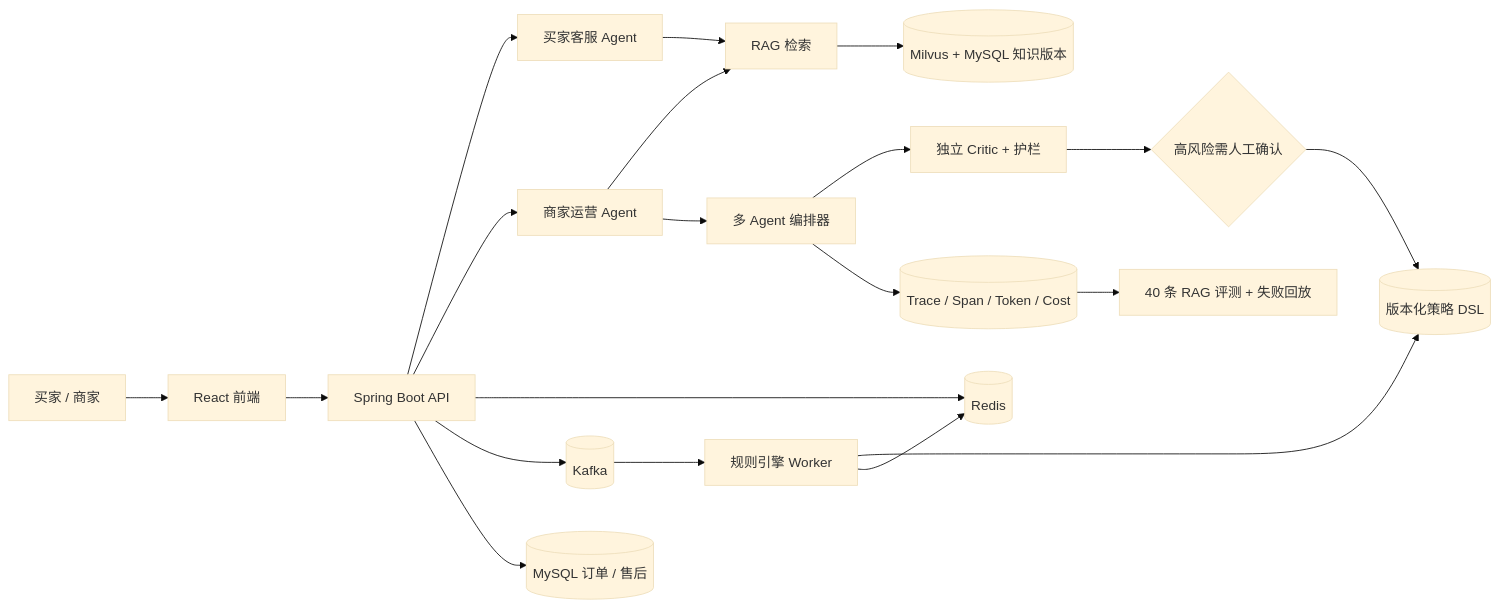
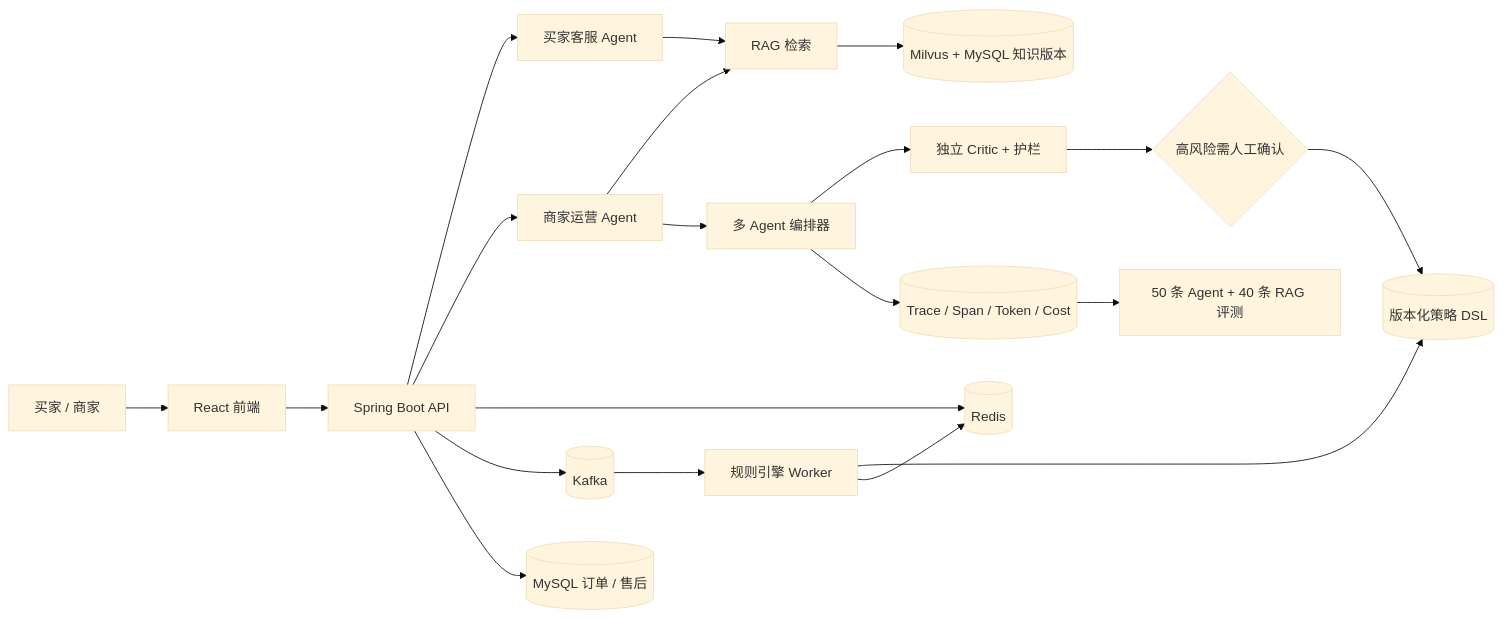
One commit to a805026135/insight-forge changed the diagram in docs/AGENT-INTERVIEW-GUIDE.md. Above: the diagram before and after it, drawn with Mermaid (base theme). The commit also changed other lines of this file and 4 other files, not shown here.

````diff
--- a/docs/AGENT-INTERVIEW-GUIDE.md
+++ b/docs/AGENT-INTERVIEW-GUIDE.md
@@ -9,21 +9,21 @@
 ```mermaid
 flowchart LR
     U[买家 / 商家] --> FE[React 前端]
     FE --> API[Spring Boot API]
     API --> BA[买家客服 Agent]
     API --> MA[商家运营 Agent]
     BA & MA --> RAG[RAG 检索]
     RAG --> KB[(Milvus + MySQL 知识版本)]
     MA --> ORCH[多 Agent 编排器]
     ORCH --> CRITIC[独立 Critic + 护栏]
     CRITIC --> HITL{高风险需人工确认}
     HITL --> POLICY[(版本化策略 DSL)]
     API --> REDIS[(Redis)]
     API --> KAFKA[(Kafka)]
     KAFKA --> WORKER[规则引擎 Worker]
     WORKER --> POLICY
     WORKER --> REDIS
     API --> DB[(MySQL 订单 / 售后)]
     ORCH --> TRACE[(Trace / Span / Token / Cost)]
-    TRACE --> EVAL[40 条 RAG 评测 + 失败回放]
+    TRACE --> EVAL[50 条 Agent + 40 条 RAG 评测]
 ```
````
